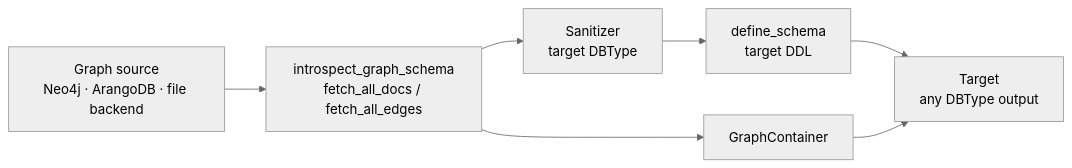
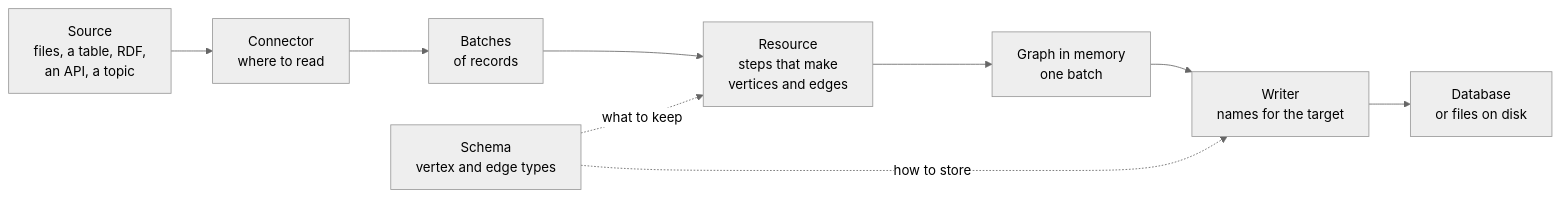
The diagram in docs/concepts/index.md (growgraph/graflo), drawn with Mermaid (neutral theme) before and after one commit. The commit also changed other lines of this file and 487 other files, not shown here.

````diff
--- a/docs/concepts/index.md
+++ b/docs/concepts/index.md
@@ -54,13 +63,14 @@
 ```mermaid
 flowchart LR
-    GS["Graph source<br/>Neo4j · ArangoDB · file backend"]
-    INT["introspect_graph_schema<br/>fetch_all_docs / fetch_all_edges"]
-    SAN["Sanitizer<br/>target DBType"]
-    DDL["define_schema<br/>target DDL"]
-    GC["GraphContainer"]
-    TGT["Target<br/>any DBType output"]
-
-    GS --> INT --> GC
-    INT --> SAN --> DDL --> TGT
-    GC --> TGT
+    SRC["Source<br/>files, a table, RDF,<br/>an API, a topic"]
+    CON["Connector<br/>where to read"]
+    BAT["Batches<br/>of records"]
+    RES["Resource<br/>steps that make<br/>vertices and edges"]
+    GC["Graph in memory<br/>one batch"]
+    WR["Writer<br/>names for the target"]
+    DB["Database<br/>or files on disk"]
+    SCH["Schema<br/>vertex and edge types"]
+    SRC --> CON --> BAT --> RES --> GC --> WR --> DB
+    SCH -. what to keep .-> RES
+    SCH -. how to store .-> WR
 ```
````
